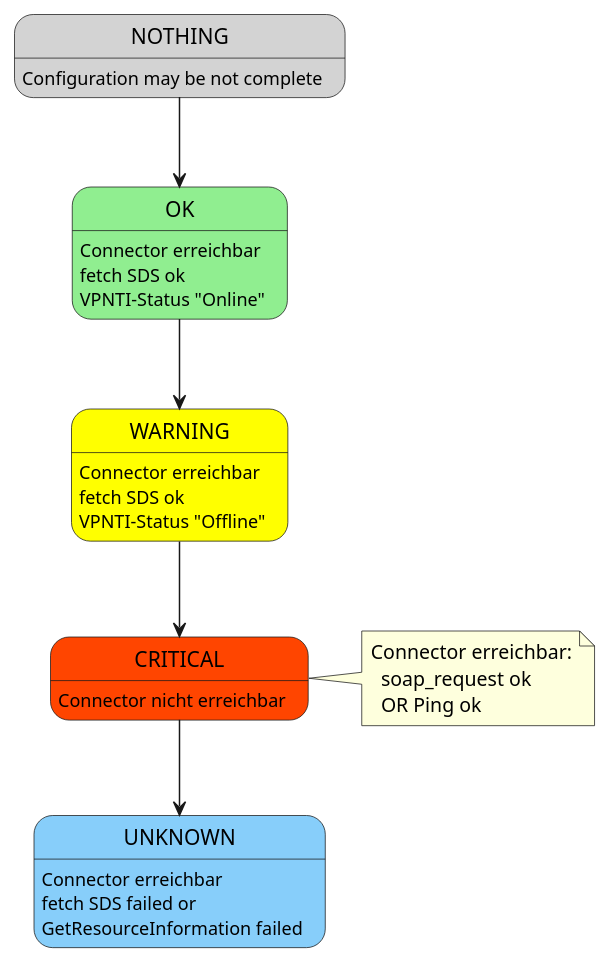
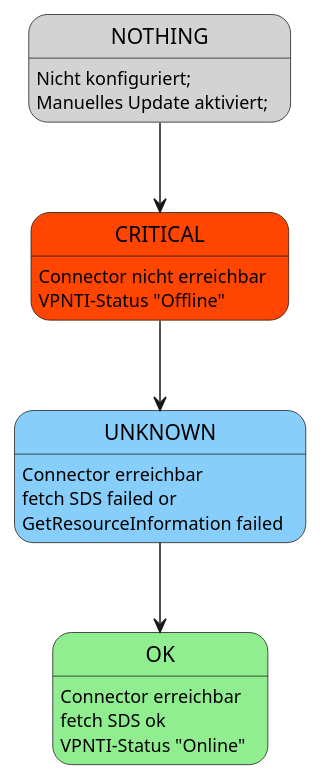
Before and after one commit to swobspace/cocard: the diagram in docs/devnotes/_images/connector-condition.puml, drawn with PlantUML. The commit also changed 11 other files, not shown here.

```diff
--- a/docs/devnotes/_images/connector-condition.puml
+++ b/docs/devnotes/_images/connector-condition.puml
@@ -1,39 +1,29 @@
 @startuml
 
 state OK #lightgreen
-
 OK: Connector erreichbar
 OK: fetch SDS ok
 OK: VPNTI-Status "Online"
 
-state WARNING #Yellow
-
-WARNING: Connector erreichbar
-WARNING: fetch SDS ok
-WARNING: VPNTI-Status "Offline"
+'state WARNING #Yellow
+'WARNING: Connector erreichbar
+'WARNING: fetch SDS ok
+'WARNING: VPNTI-Status "Offline"
 
 state CRITICAL #orangered
-
 CRITICAL: Connector nicht erreichbar
+CRITICAL: VPNTI-Status "Offline"
 
 state UNKNOWN #LightSkyBlue
-
 UNKNOWN: Connector erreichbar
 UNKNOWN: fetch SDS failed or 
 UNKNOWN: GetResourceInformation failed
 
 state NOTHING #LightGrey
+NOTHING: Nicht konfiguriert;
+NOTHING: Manuelles Update aktiviert;
 
-NOTHING: Configuration may be not complete
-
-note right of CRITICAL
-Connector erreichbar:
-  soap_request ok
-  OR Ping ok
-end note
-
-NOTHING --> OK
-OK --> WARNING
-WARNING --> CRITICAL
+NOTHING --> CRITICAL
 CRITICAL --> UNKNOWN
+UNKNOWN --> OK
 @enduml
```
